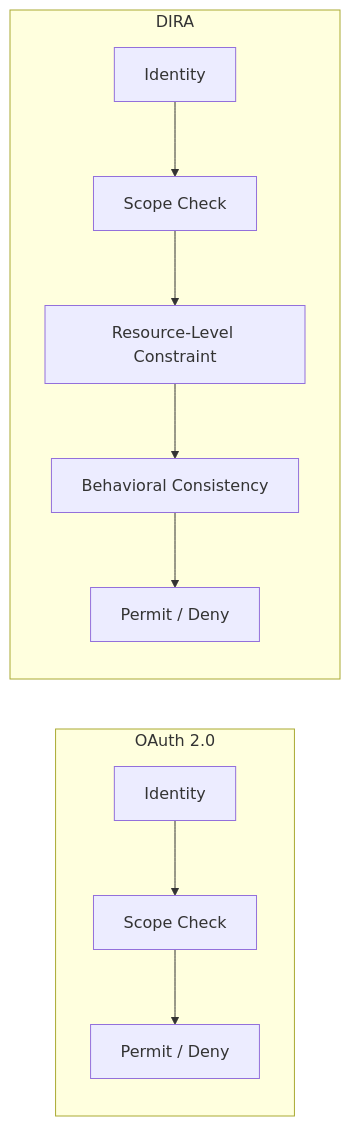
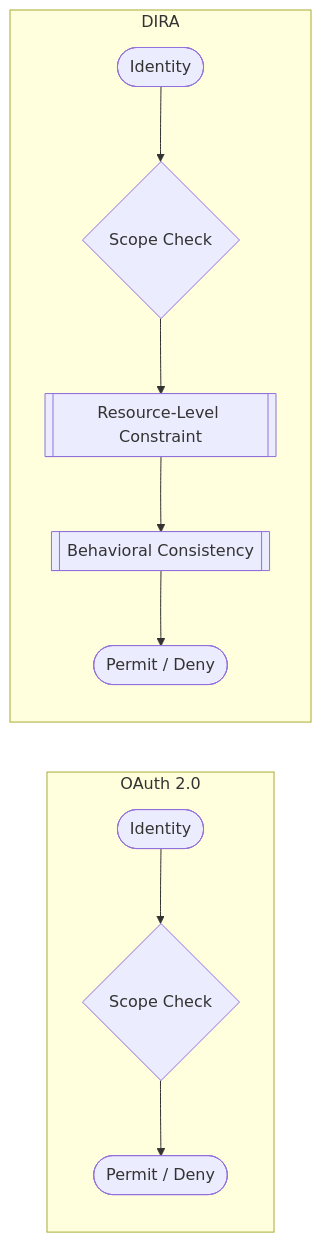
One commit to CyberdaemonAI/cyberdaemon-site changed the third of 4 diagrams in src/content/research/dira-framework.mdx. Above: the diagram before and after it, drawn with Mermaid. The commit also changed other lines of this file and 23 other files, not shown here.

First line of the commit message:
style(diagrams): retrofit all mermaid diagrams to flowchart syntax site-wide

````diff
--- a/src/content/research/dira-framework.mdx
+++ b/src/content/research/dira-framework.mdx
@@ -370,14 +370,14 @@
 ```mermaid
-graph LR
-    subgraph "OAuth 2.0"
-        A[Identity] --> B[Scope Check]
-        B --> C[Permit / Deny]
+flowchart LR
+    subgraph oauth["OAuth 2.0"]
+        A([Identity]) --> B{Scope Check}
+        B --> C([Permit / Deny])
     end
 
-    subgraph "DIRA"
-        D[Identity] --> E[Scope Check]
-        E --> F[Resource-Level Constraint]
-        F --> G[Behavioral Consistency]
-        G --> H[Permit / Deny]
+    subgraph dira["DIRA"]
+        D([Identity]) --> E{Scope Check}
+        E --> F[[Resource-Level Constraint]]
+        F --> G[[Behavioral Consistency]]
+        G --> H([Permit / Deny])
     end
 ```
````
